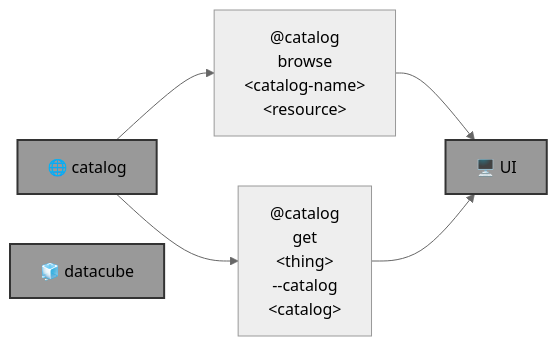
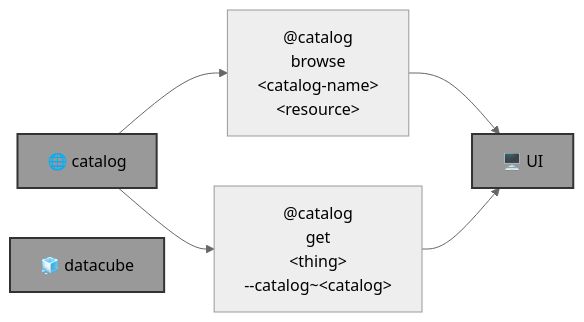
Before and after one commit to kamangir/blue-geo: the diagram in README.md, drawn with Mermaid (neutral theme). The commit also changed other lines of this file and 3 other files, not shown here.

````diff
--- a/README.md
+++ b/README.md
@@ -9,17 +9,17 @@
 ```mermaid
 graph LR
     catalog_browse["@catalog<br>browse<br>&lt;catalog-name&gt;<br>&lt;resource&gt;"]
-    catalog_get["@catalog<br>get<br>&lt;thing&gt;<br>--catalog<br>&lt;catalog&gt;"]
+    catalog_get["@catalog<br>get<br>&lt;thing&gt;<br>--catalog~&lt;catalog&gt;"]
 
     catalog["🌐 catalog"]:::folder
     datacube_id["🧊 datacube"]:::folder
     UI["🖥️ UI"]:::folder
 
     catalog --> catalog_browse
     catalog_browse --> UI
 
     catalog --> catalog_get
     catalog_get --> UI
 
     classDef folder fill:#999,stroke:#333,stroke-width:2px;
 ```
````
